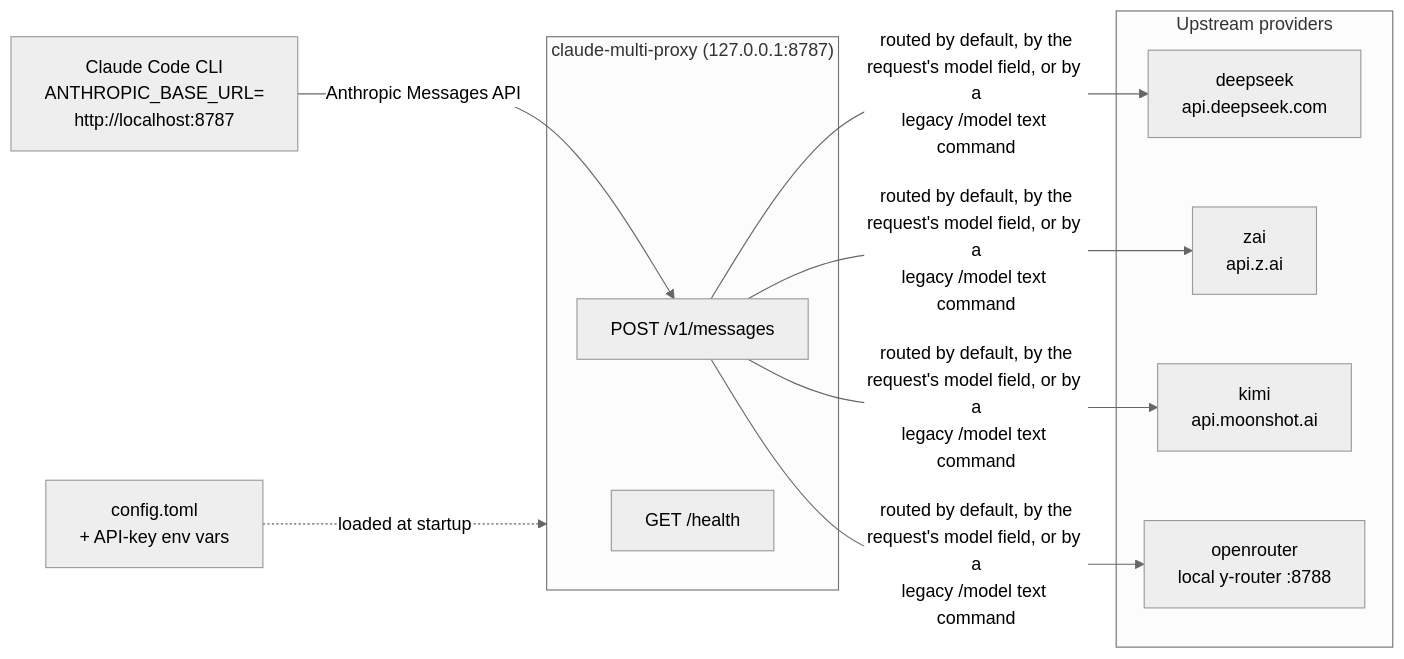
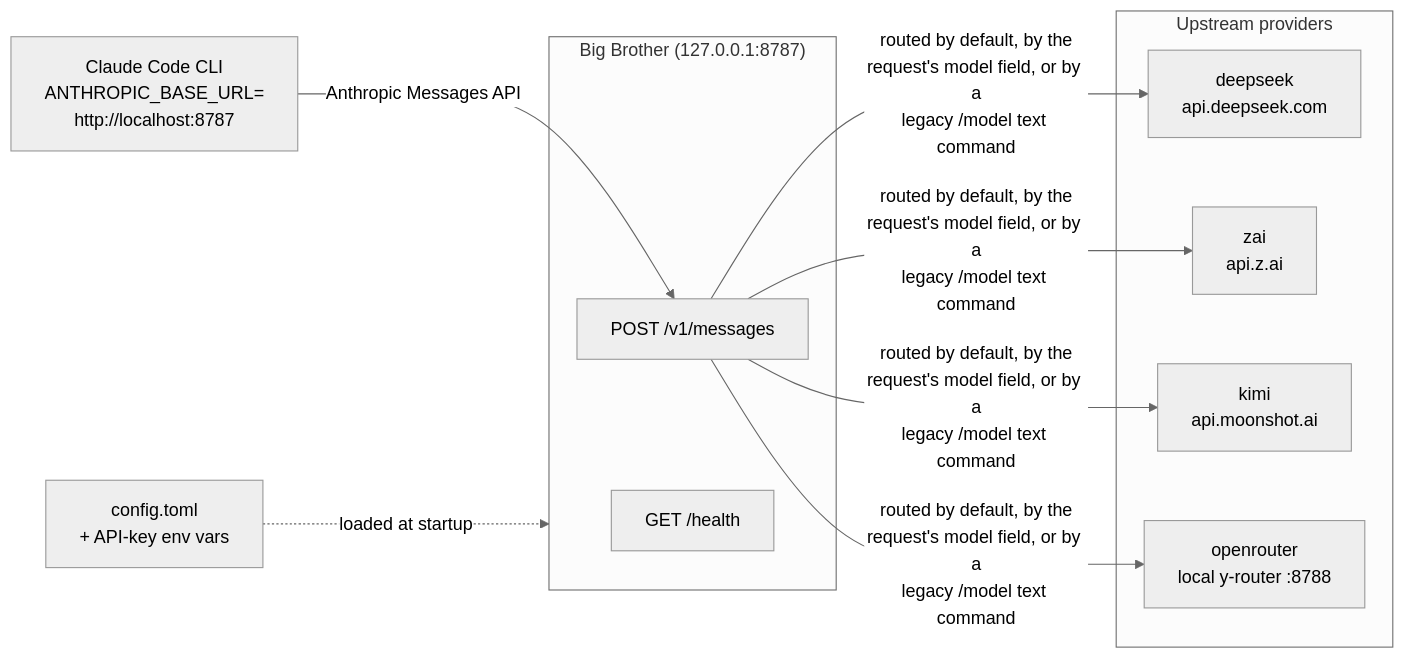
The first of 8 diagrams in docs/ARCHITECTURE.md (cyb5r67/Claude-Code-Multi-Provider-in-Rust), drawn with Mermaid (neutral theme) before and after one commit. The commit also changed other lines of this file and 11 other files, not shown here.

First line of the commit message:
Rename project to Big Brother

````diff
--- a/docs/ARCHITECTURE.md
+++ b/docs/ARCHITECTURE.md
@@ -16,22 +16,22 @@
 ```mermaid
 flowchart LR
     CC["Claude Code CLI<br/>ANTHROPIC_BASE_URL=<br/>http://localhost:8787"]
 
-    subgraph proxy["claude-multi-proxy (127.0.0.1:8787)"]
+    subgraph proxy["Big Brother (127.0.0.1:8787)"]
         H1["POST /v1/messages"]
         H2["GET /health"]
     end
 
     subgraph providers["Upstream providers"]
         P1["deepseek<br/>api.deepseek.com"]
         P2["zai<br/>api.z.ai"]
         P3["kimi<br/>api.moonshot.ai"]
         P4["openrouter<br/>local y-router :8788"]
     end
 
     CFG["config.toml<br/>+ API-key env vars"]
 
     CC -- "Anthropic Messages API" --> H1
     CFG -. "loaded at startup" .-> proxy
     H1 -- "routed by default, by the<br/>request's model field, or by a<br/>legacy /model text command" --> P1 & P2 & P3 & P4
 ```
````
